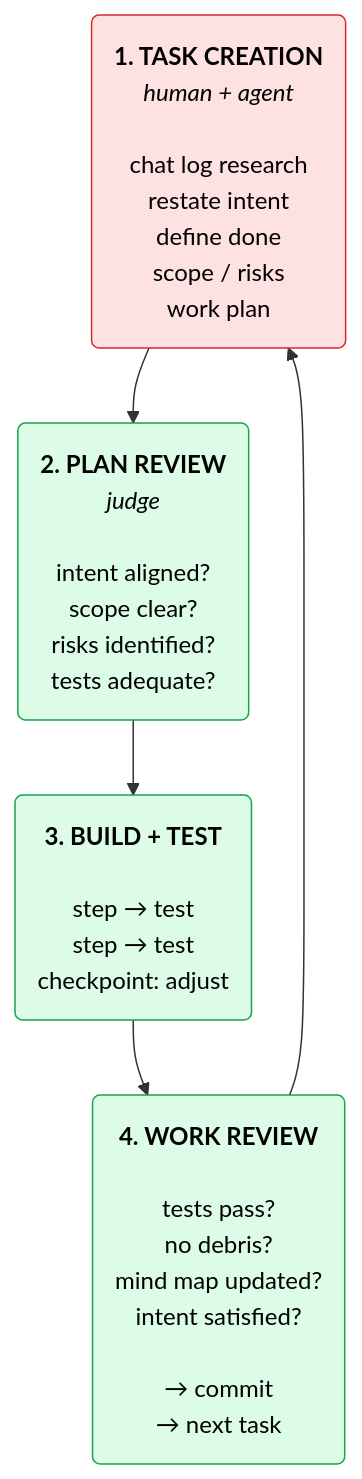
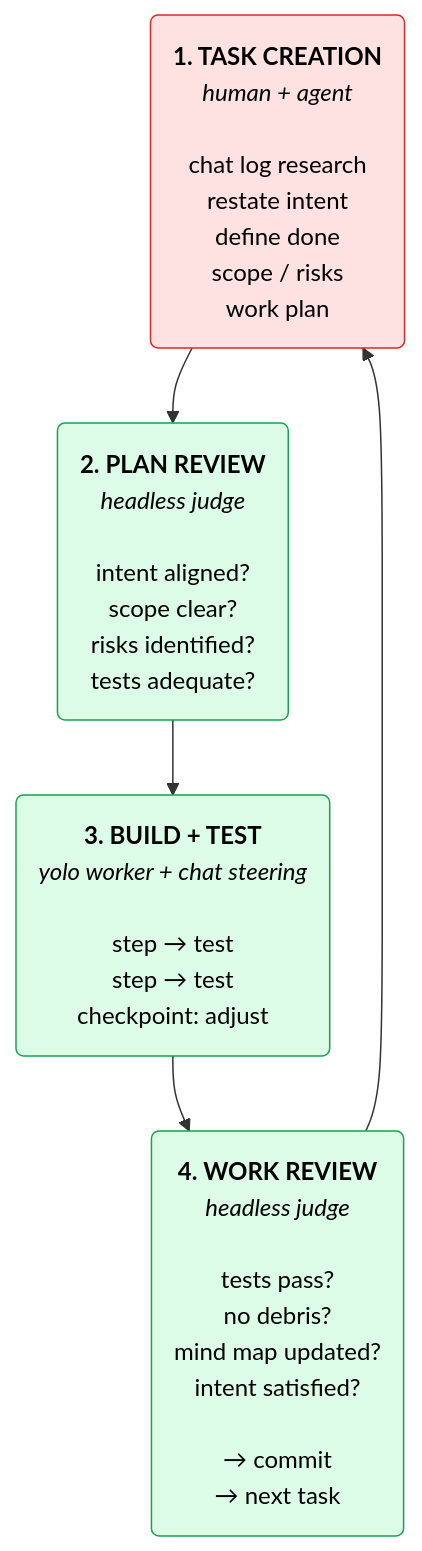
Before and after one commit to horiacristescu/claude-playbook-plugin: the diagram in README.md, drawn with Mermaid.

Commit message:
Mermaid: label agents — headless judge, yolo worker + chat steering

````diff
--- a/README.md
+++ b/README.md
@@ -27,11 +27,11 @@
 ```mermaid
 graph TD
-    A("<b>1. TASK CREATION</b><br/><i>human + agent</i><br/><br/>chat log research<br/>restate intent<br/>define done<br/>scope / risks<br/>work plan") --> B("<b>2. PLAN REVIEW</b><br/><i>judge</i><br/><br/>intent aligned?<br/>scope clear?<br/>risks identified?<br/>tests adequate?")
-    B --> C("<b>3. BUILD + TEST</b><br/><br/>step → test<br/>step → test<br/>checkpoint: adjust")
-    C --> D("<b>4. WORK REVIEW</b><br/><br/>tests pass?<br/>no debris?<br/>mind map updated?<br/>intent satisfied?<br/><br/>→ commit<br/>→ next task")
+    A("<b>1. TASK CREATION</b><br/><i>human + agent</i><br/><br/>chat log research<br/>restate intent<br/>define done<br/>scope / risks<br/>work plan") --> B("<b>2. PLAN REVIEW</b><br/><i>headless judge</i><br/><br/>intent aligned?<br/>scope clear?<br/>risks identified?<br/>tests adequate?")
+    B --> C("<b>3. BUILD + TEST</b><br/><i>yolo worker + chat steering</i><br/><br/>step → test<br/>step → test<br/>checkpoint: adjust")
+    C --> D("<b>4. WORK REVIEW</b><br/><i>headless judge</i><br/><br/>tests pass?<br/>no debris?<br/>mind map updated?<br/>intent satisfied?<br/><br/>→ commit<br/>→ next task")
     D --> A
     style A fill:#fee2e2,stroke:#dc2626,color:#000
     style B fill:#dcfce7,stroke:#16a34a,color:#000
     style C fill:#dcfce7,stroke:#16a34a,color:#000
     style D fill:#dcfce7,stroke:#16a34a,color:#000
 ```
````
